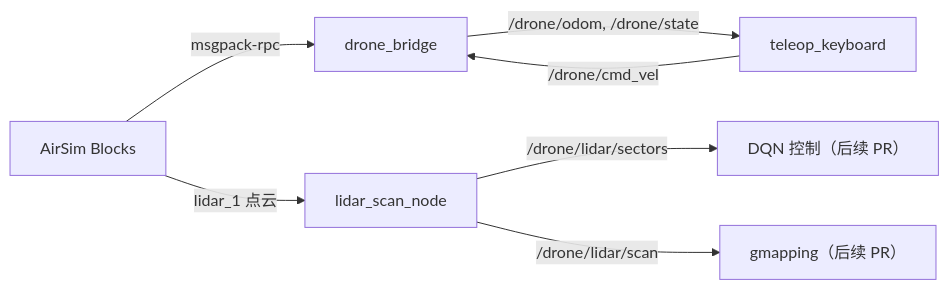
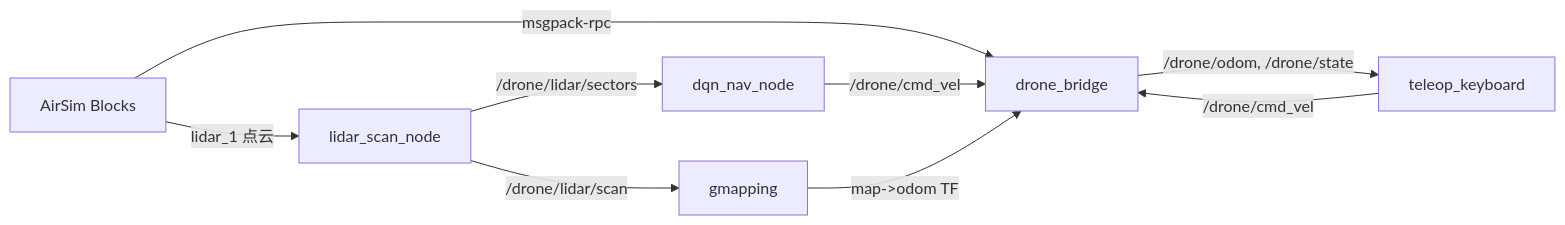
One commit to OpenHUTB/ros2 changed the diagram in docs/air/uav_lidar_dqn_navigation/index.md. Above: the diagram before and after it, drawn with Mermaid. The commit also changed other lines of this file and 2 other files, not shown here.

First line of the commit message:
fix(air): 补齐DQN导航与建图入口的细节

````diff
--- a/docs/air/uav_lidar_dqn_navigation/index.md
+++ b/docs/air/uav_lidar_dqn_navigation/index.md
@@ -40,9 +41,11 @@
 ```mermaid
 flowchart LR
     A[AirSim Blocks] -- msgpack-rpc --> B[drone_bridge]
     B -- /drone/odom, /drone/state --> C[teleop_keyboard]
     C -- /drone/cmd_vel --> B
     A -- lidar_1 点云 --> D[lidar_scan_node]
-    D -- /drone/lidar/sectors --> E[DQN 控制（后续 PR）]
-    D -- /drone/lidar/scan --> F[gmapping（后续 PR）]
+    D -- /drone/lidar/sectors --> E[dqn_nav_node]
+    D -- /drone/lidar/scan --> F[gmapping]
+    E -- /drone/cmd_vel --> B
+    F -- map->odom TF --> B
 ```
````
